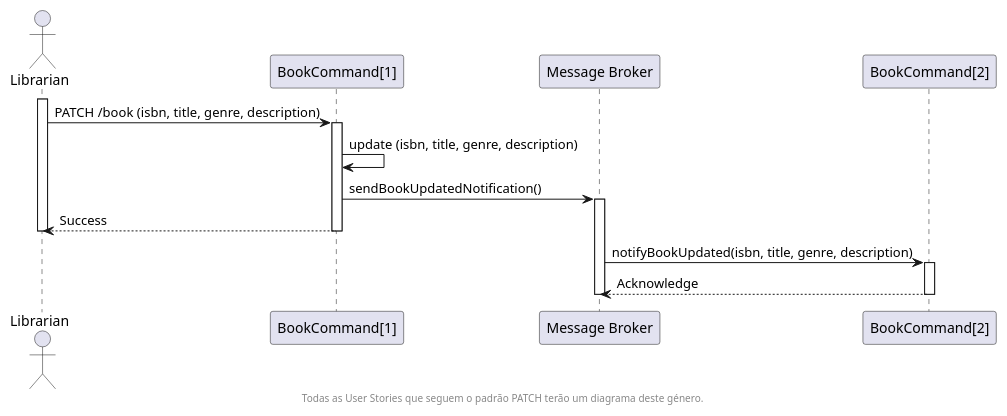
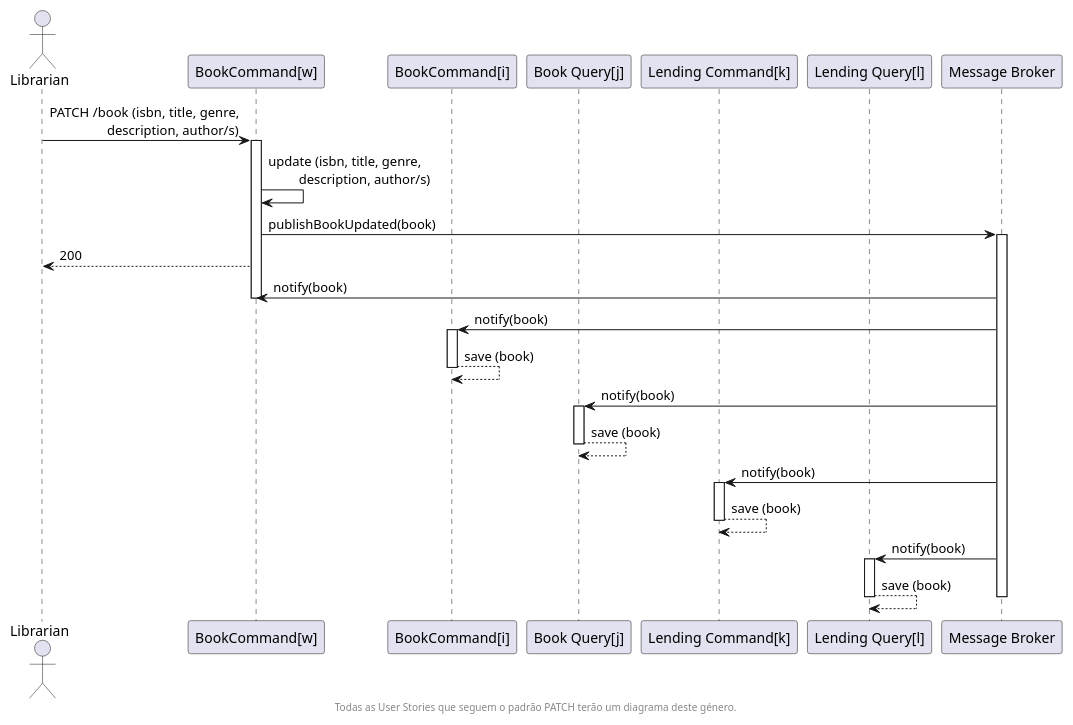
The diagram in docs/Entrega2/nivel_2/VP/N2-VP_UpdateABook.puml (AndreFon04/sidis_2024_3DB), drawn with PlantUML before and after one commit. The commit also changed 72 other files, not shown here.

Commit message:
Updated documentation for third iteration; Lending Command is now working and has DTOs to communicate between modules - Message Consumer works for book, reader and author creation and updating; User creation muted - was causing a loop, reader works;

```diff
--- a/docs/Entrega2/nivel_2/VP/N2-VP_UpdateABook.puml
+++ b/docs/Entrega2/nivel_2/VP/N2-VP_UpdateABook.puml
@@ -1,30 +1,49 @@
 @startuml
 
-    actor "Librarian" as U
-participant "BookCommand[1]" as BM1
+actor "Librarian" as U
+participant "BookCommand[w]" as BMW
+participant "BookCommand[i]" as BMI
+participant "Book Query[j]" as BQ
+participant "Lending Command[k]" as LC
+participant "Lending Query[l]" as LQ
+
 participant "Message Broker" as MB
-participant "BookCommand[2]" as BM2
 
-activate U
-U -> BM1 : PATCH /book (isbn, title, genre, description)
-activate BM1
+U -> BMW : PATCH /book (isbn, title, genre,\n\t\t description, author/s)
+activate BMW
 
-BM1 -> BM1 : update (isbn, title, genre, description)
+BMW -> BMW : update (isbn, title, genre,\n\t description, author/s)
 
-BM1 -> MB : sendBookUpdatedNotification()
+BMW -> MB : publishBookUpdated(book)
 activate MB
 
-BM1 --> U: Success
-deactivate U
-deactivate BM1
+BMW --> U: 200
 
-MB -> BM2 : notifyBookUpdated(isbn, title, genre, description)
-activate BM2
-BM2 --> MB : Acknowledge
-deactivate BM2
+MB -> BMW : notify(book)
+deactivate BMW
+
+MB -> BMI : notify(book)
+activate BMI
+BMI --> BMI : save (book)
+deactivate BMI
+
+MB -> BQ : notify(book)
+activate BQ
+BQ --> BQ : save (book)
+deactivate BQ
+
+MB -> LC : notify(book)
+activate LC
+LC --> LC : save (book)
+deactivate LC
+
+MB -> LQ : notify(book)
+activate LQ
+LQ --> LQ : save (book)
+deactivate LQ
 
 deactivate MB
 
 footer Todas as User Stories que seguem o padrão PATCH terão um diagrama deste género.
 
 @enduml
```
